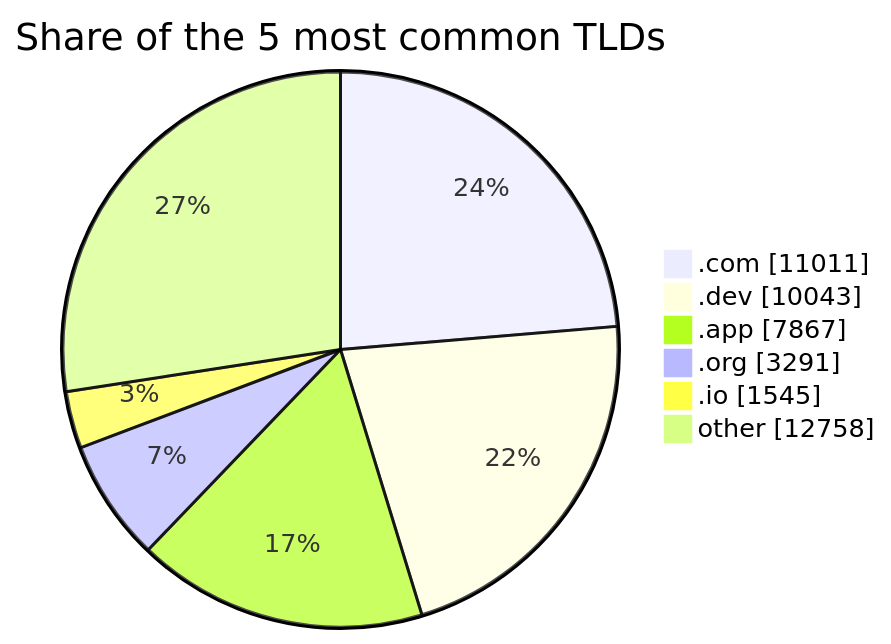
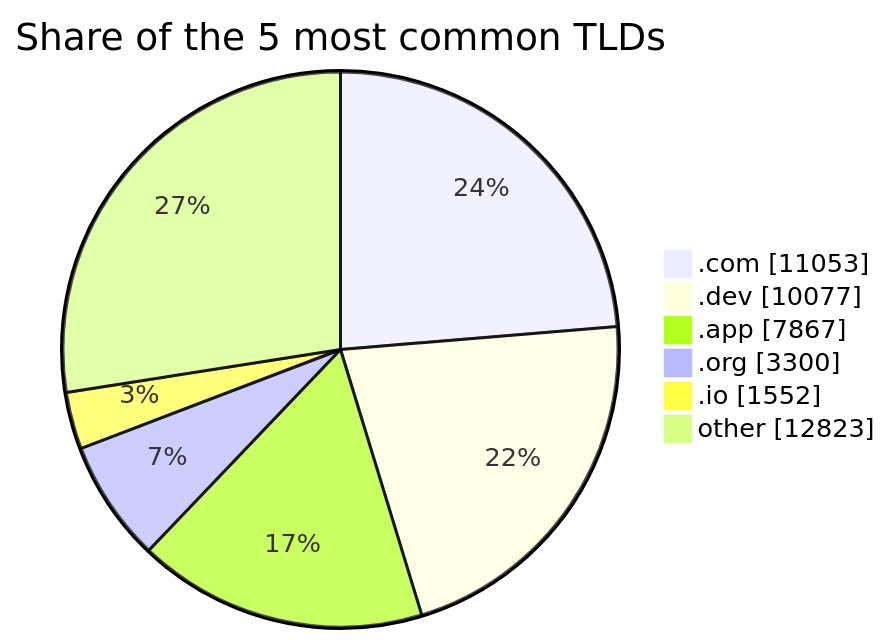
The third of 3 diagrams in README.md (DNSBunker/CTI), drawn with Mermaid before and after one commit. The commit also changed other lines of this file and 3 other files, not shown here.

````diff
--- a/README.md
+++ b/README.md
@@ -81,9 +81,9 @@
 ```mermaid
 pie showData title Share of the 5 most common TLDs
-    ".com" : 11011
-    ".dev" : 10043
+    ".com" : 11053
+    ".dev" : 10077
     ".app" : 7867
-    ".org" : 3291
-    ".io" : 1545
-    "other" : 12758
+    ".org" : 3300
+    ".io" : 1552
+    "other" : 12823
 ```
````
